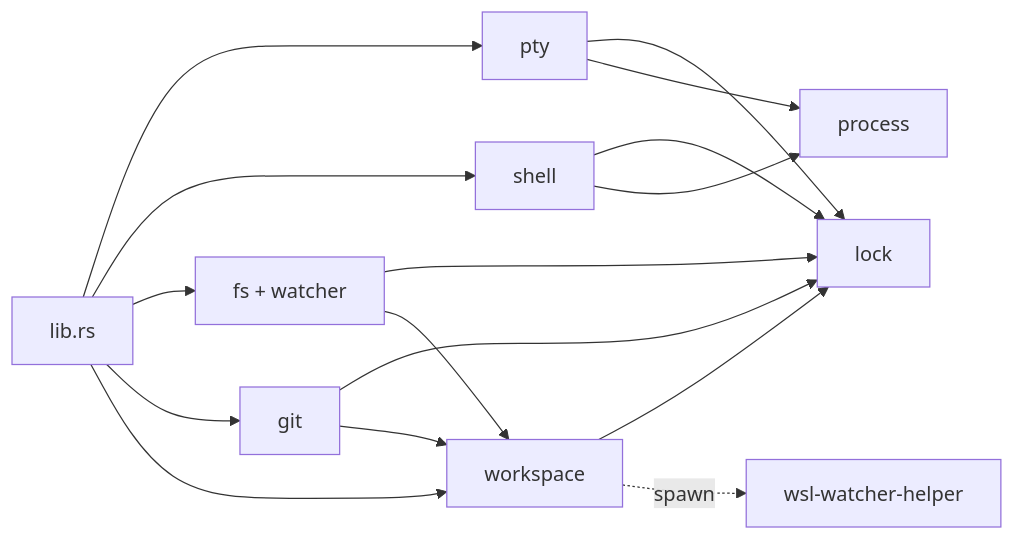
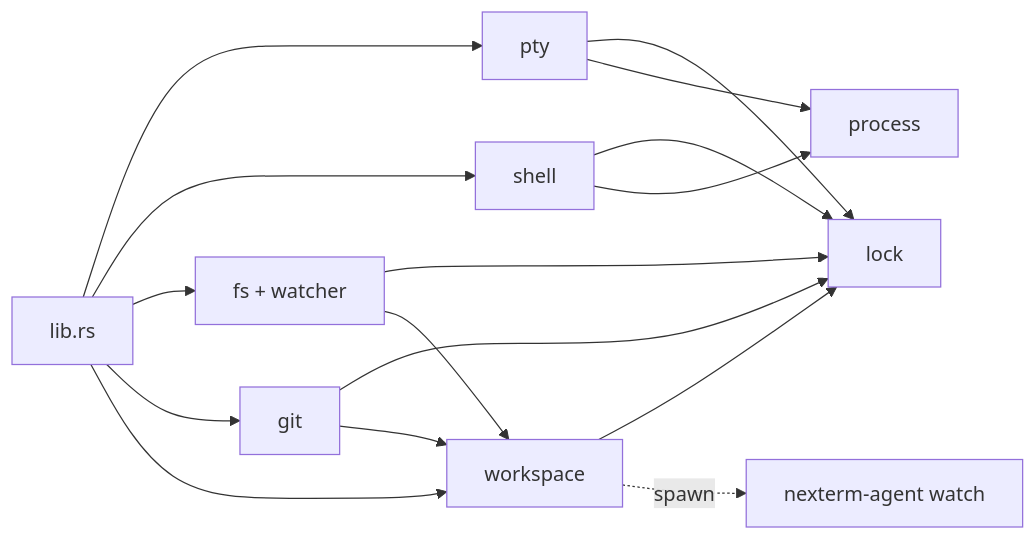
Before and after one commit to xinggaoya/nexterm: the third of 3 diagrams in docs/architecture/overview.md, drawn with Mermaid. The commit also changed other lines of this file and 66 other files, not shown here.

First line of the commit message:
feat(remote): nexterm-agent 常驻代理与 SSH 远程工作区

````diff
--- a/docs/architecture/overview.md
+++ b/docs/architecture/overview.md
@@ -119,18 +119,18 @@
 ```mermaid
 graph LR
     A[lib.rs] --> B[pty]
     A --> C[shell]
     A --> D[fs + watcher]
     A --> E[git]
     A --> F[workspace]
     B --> G[lock]
     C --> G
     D --> G
     E --> G
     F --> G
     B --> H[process]
     C --> H
     D --> F
     E --> F
-    F -.->|spawn| I[wsl-watcher-helper]
+    F -.->|spawn| I[nexterm-agent watch]
 ```
````
